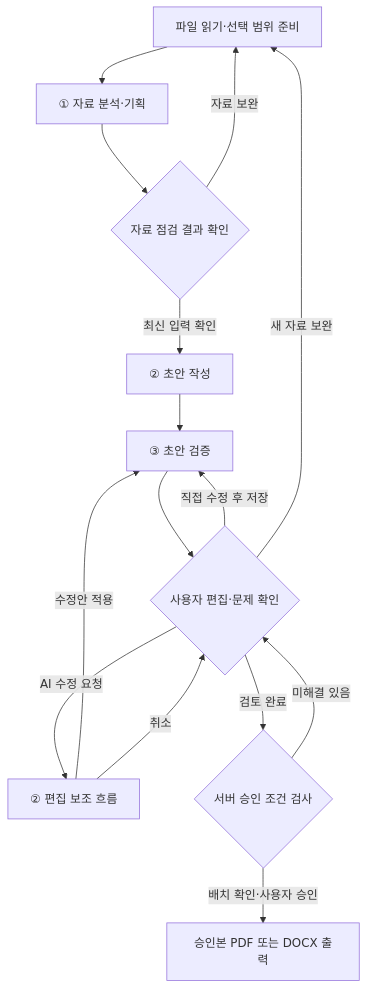
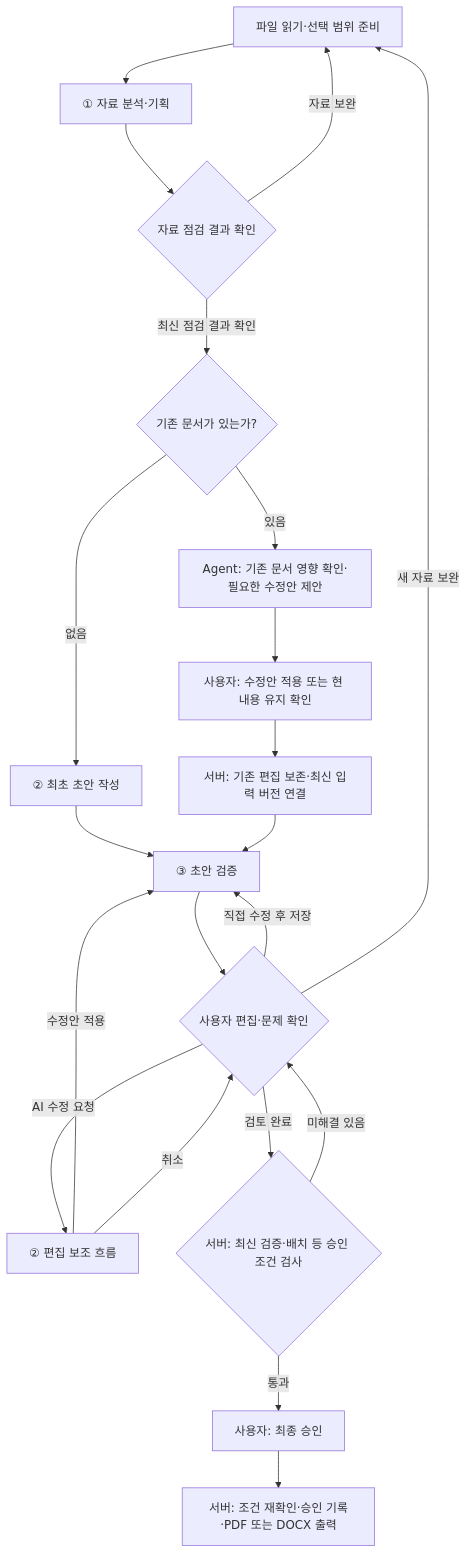
Before and after one commit to agent-ddalgi-team/agent-ddalgi-backend: the first of 2 diagrams in agent.md, drawn with Mermaid. The commit also changed other lines of this file and 7 other files, not shown here.

````diff
--- a/agent.md
+++ b/agent.md
@@ -23,17 +25,23 @@
 ```mermaid
 flowchart TD
     P["파일 읽기·선택 범위 준비"] --> A["① 자료 분석·기획"]
     A --> U{"자료 점검 결과 확인"}
     U -->|"자료 보완"| P
-    U -->|"최신 입력 확인"| W["② 초안 작성"]
+    U -->|"최신 점검 결과 확인"| D{"기존 문서가 있는가?"}
+    D -->|"없음"| W["② 최초 초안 작성"]
     W --> V["③ 초안 검증"]
+    D -->|"있음"| M["Agent: 기존 문서 영향 확인·필요한 수정안 제안"]
+    M --> N["사용자: 수정안 적용 또는 현 내용 유지 확인"]
+    N --> B["서버: 기존 편집 보존·최신 입력 버전 연결"]
+    B --> V
     V --> H{"사용자 편집·문제 확인"}
     H -->|"AI 수정 요청"| E["② 편집 보조 흐름"]
     E -->|"수정안 적용"| V
     E -->|"취소"| H
     H -->|"직접 수정 후 저장"| V
     H -->|"새 자료 보완"| P
-    H -->|"검토 완료"| G{"서버 승인 조건 검사"}
+    H -->|"검토 완료"| G{"서버: 최신 검증·배치 등 승인 조건 검사"}
     G -->|"미해결 있음"| H
-    G -->|"배치 확인·사용자 승인"| X["승인본 PDF 또는 DOCX 출력"]
+    G -->|"통과"| C["사용자: 최종 승인"]
+    C --> X["서버: 조건 재확인·승인 기록·PDF 또는 DOCX 출력"]
 ```
````
